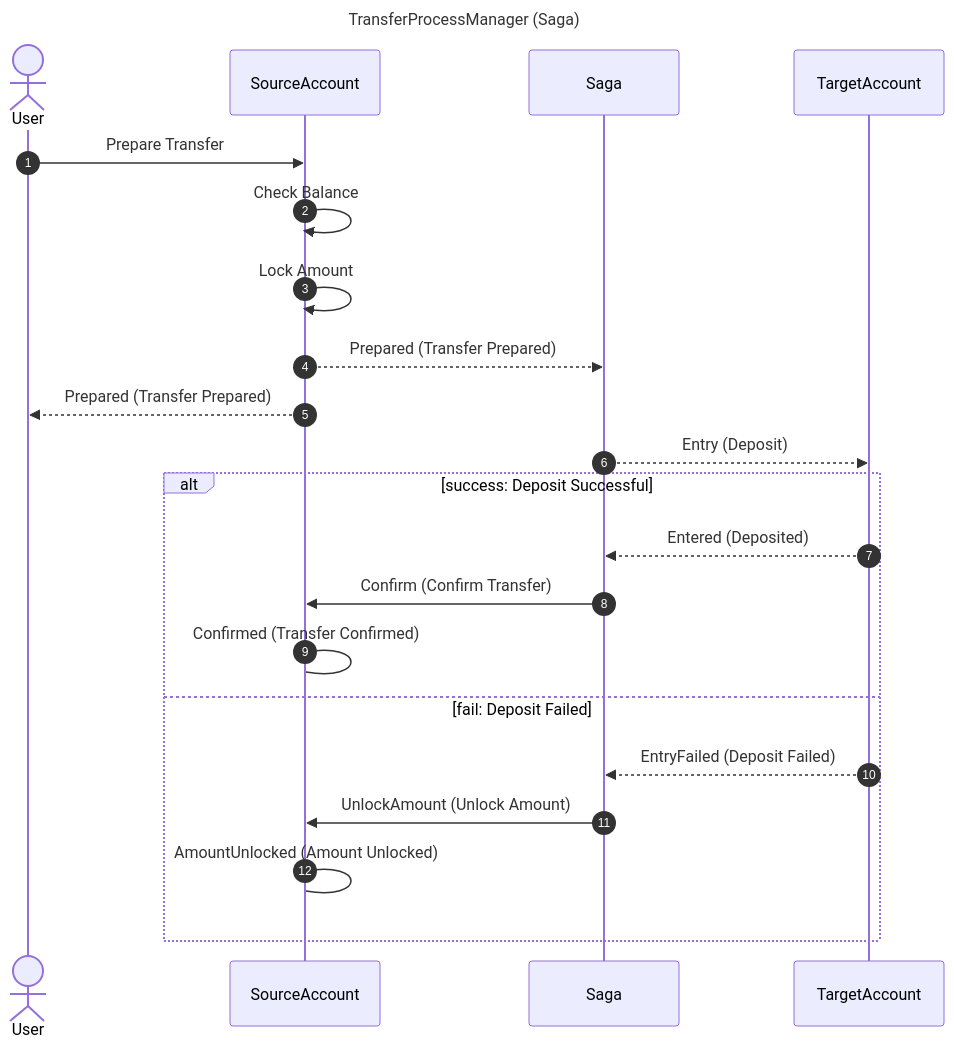
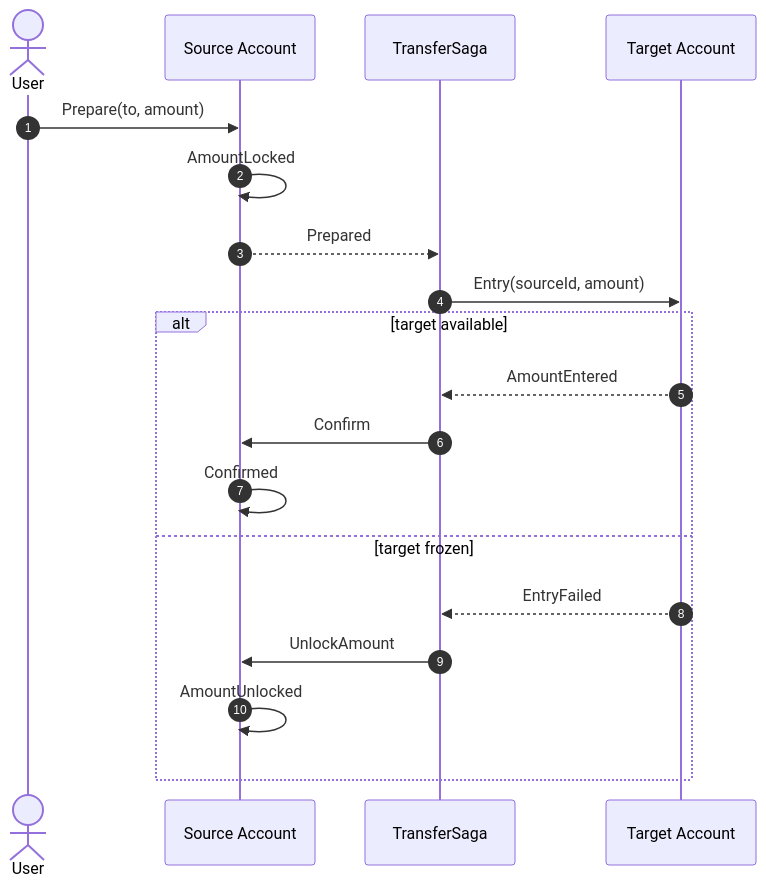
The first of 2 diagrams in documentation/docs/en/reference/example/transfer.md (Ahoo-Wang/Wow), drawn with Mermaid before and after one commit. The commit also changed other lines of this file and 166 other files, not shown here.

````diff
--- a/documentation/docs/en/reference/example/transfer.md
+++ b/documentation/docs/en/reference/example/transfer.md
@@ -22,25 +13,21 @@
 ```mermaid
 sequenceDiagram
     autonumber
-    title TransferProcessManager (Saga)
     actor User
-    participant SourceAccount
-    participant Saga
-    participant TargetAccount
-    User ->> SourceAccount: Prepare Transfer
-    SourceAccount ->> SourceAccount: Check Balance
-    SourceAccount ->> SourceAccount: Lock Amount
-    SourceAccount -->> Saga: Prepared (Transfer Prepared)
-    SourceAccount -->> User: Prepared (Transfer Prepared)
-    Saga -->> TargetAccount: Entry (Deposit)
-    alt success: Deposit Successful
-        TargetAccount -->> Saga: Entered (Deposited)
-        Saga ->> SourceAccount: Confirm (Confirm Transfer)
-        SourceAccount -> SourceAccount: Confirmed (Transfer Confirmed)
-    else fail: Deposit Failed
-        TargetAccount -->> Saga: EntryFailed (Deposit Failed)
-        Saga ->> SourceAccount: UnlockAmount (Unlock Amount)
-        SourceAccount -> SourceAccount: AmountUnlocked (Amount Unlocked)
+    participant Source as Source Account
+    participant Saga as TransferSaga
+    participant Target as Target Account
+    User->>Source: Prepare(to, amount)
+    Source->>Source: AmountLocked
+    Source-->>Saga: Prepared
+    Saga->>Target: Entry(sourceId, amount)
+    alt target available
+        Target-->>Saga: AmountEntered
+        Saga->>Source: Confirm
+        Source->>Source: Confirmed
+    else target frozen
+        Target-->>Saga: EntryFailed
+        Saga->>Source: UnlockAmount
+        Source->>Source: AmountUnlocked
     end
-
 ```
````
